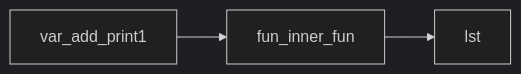
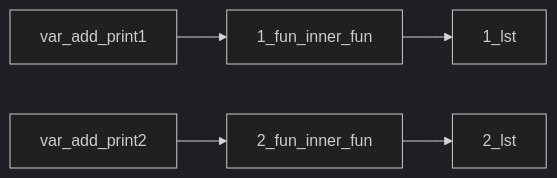
The fourth of 4 diagrams in ITINF24/lektion9/refs_scope.md (nackc8/py-live), drawn with Mermaid (dark theme) before and after one commit.

Commit message:
autocommit complete 1009 (00)

````diff
--- a/ITINF24/lektion9/refs_scope.md
+++ b/ITINF24/lektion9/refs_scope.md
@@ -52,5 +52,8 @@
 ```mermaid
 flowchart LR
-var_add_print1 --> fun_inner_fun
-fun_inner_fun --> lst
+var_add_print1 --> 1_fun_inner_fun
+1_fun_inner_fun --> 1_lst
+var_add_print2 --> 2_fun_inner_fun
+2_fun_inner_fun --> 2_lst
+
 ```
````
